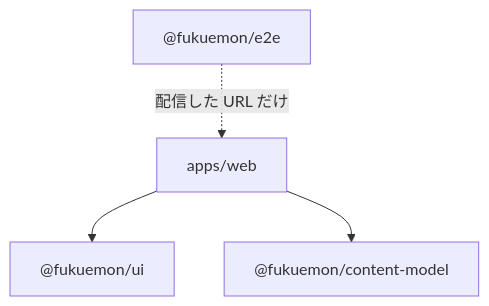
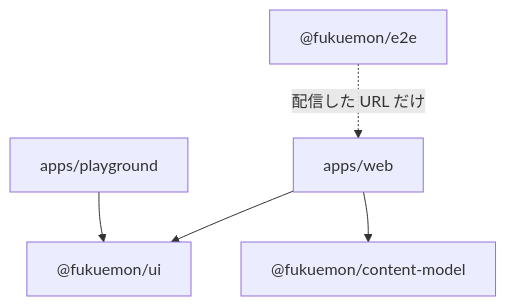
Before and after one commit to Fukuemon/fukuemon.dev: the second of 2 diagrams in design/DesignDoc.md, drawn with Mermaid. The commit also changed other lines of this file and 13 other files, not shown here.

````diff
--- a/design/DesignDoc.md
+++ b/design/DesignDoc.md
@@ -116,6 +116,7 @@
 ```mermaid
 flowchart TD
     web["apps/web"] --> ui["@fukuemon/ui"]
+    play["apps/playground"] --> ui
     web --> cm["@fukuemon/content-model"]
     e2e["@fukuemon/e2e"] -. "配信した URL だけ" .-> web
 ```
````
